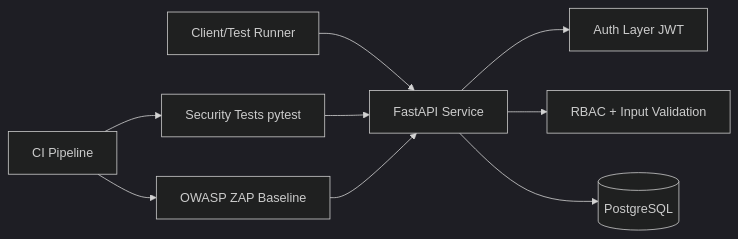
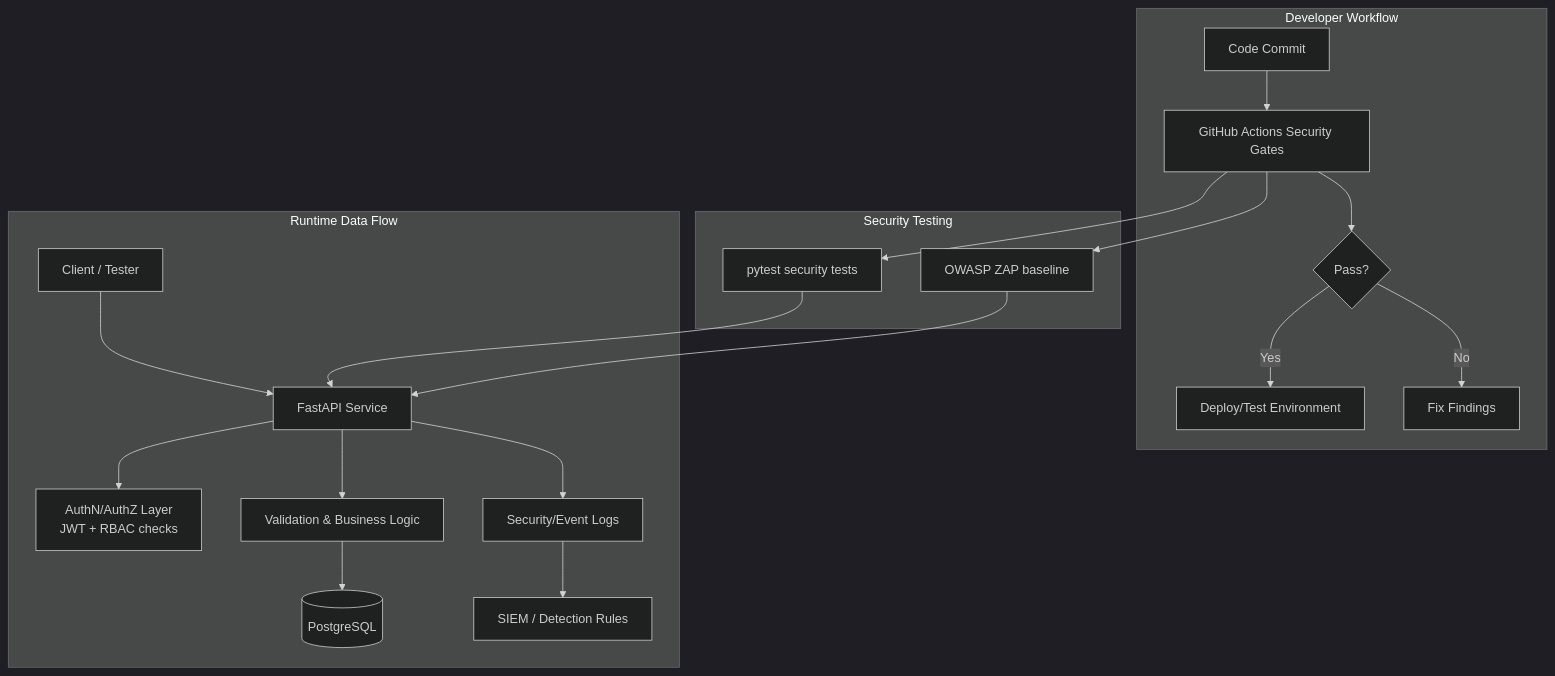
One commit to Tom3306/api-security-lab changed the diagram in README.md. Above: the diagram before and after it, drawn with Mermaid (dark theme). The commit also changed other lines of this file and 9 other files, not shown here.

Commit message:
Add security portfolio pack: STRIDE, detections, CI gates, and runbooks

````diff
--- a/README.md
+++ b/README.md
@@ -19,11 +19,26 @@
 ```mermaid
-flowchart LR
-    U[Client/Test Runner] --> G[FastAPI Service]
-    G --> A[Auth Layer JWT]
-    G --> R[RBAC + Input Validation]
-    G --> D[(PostgreSQL)]
-    S[Security Tests pytest] --> G
-    Z[OWASP ZAP Baseline] --> G
-    C[CI Pipeline] --> S
-    C --> Z
+flowchart TD
+    subgraph Dev[Developer Workflow]
+      A[Code Commit] --> B[GitHub Actions Security Gates]
+      B --> C{Pass?}
+      C -- Yes --> D[Deploy/Test Environment]
+      C -- No --> E[Fix Findings]
+    end
+
+    subgraph Runtime[Runtime Data Flow]
+      U[Client / Tester] --> API[FastAPI Service]
+      API --> AUTH[AuthN/AuthZ Layer\nJWT + RBAC checks]
+      API --> VAL[Validation & Business Logic]
+      VAL --> DB[(PostgreSQL)]
+      LOG[Security/Event Logs] --> SIEM[SIEM / Detection Rules]
+    end
+
+    subgraph SecTest[Security Testing]
+      PYT[pytest security tests] --> API
+      ZAP[OWASP ZAP baseline] --> API
+    end
+
+    API --> LOG
+    B --> PYT
+    B --> ZAP
 ```
````
